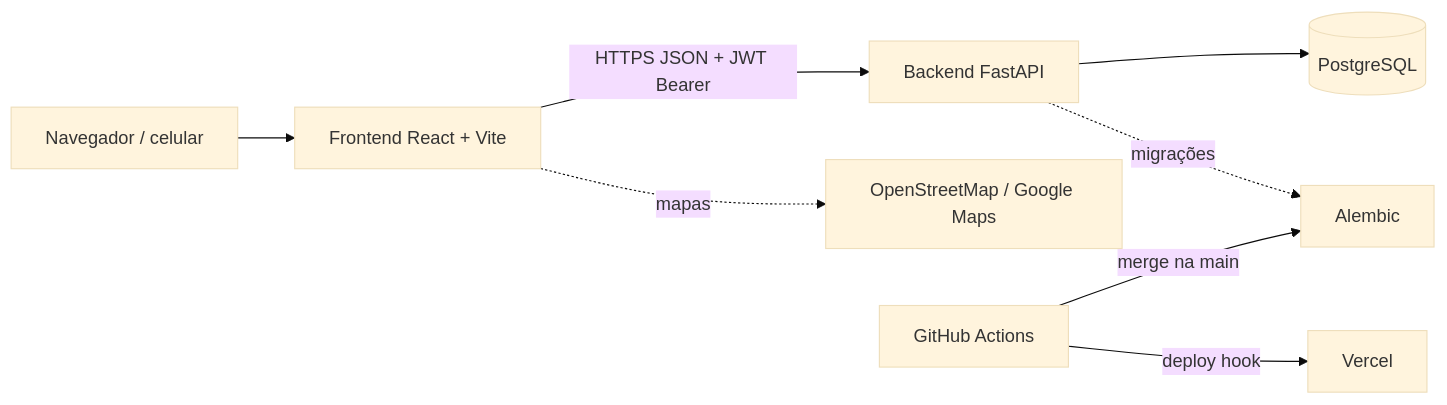
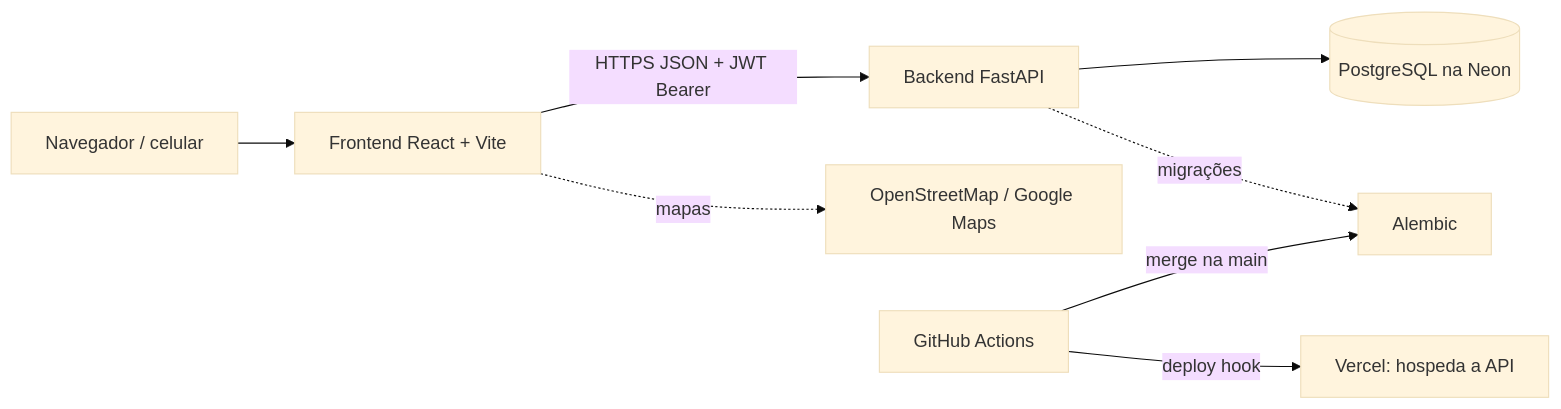
Before and after one commit to Residuum-Organization/residuum-documentacao: the first of 2 diagrams in docs/02-arquitetura/sad.md, drawn with Mermaid (base theme). The commit also changed other lines of this file, not shown here.

Commit message:
docs(arquitetura): produção na Vercel com banco PostgreSQL na Neon

````diff
--- a/docs/02-arquitetura/sad.md
+++ b/docs/02-arquitetura/sad.md
@@ -13,10 +13,10 @@
 ```mermaid
 flowchart LR
   U[Navegador / celular] --> F[Frontend React + Vite]
   F -->|HTTPS JSON + JWT Bearer| B[Backend FastAPI]
-  B --> D[(PostgreSQL)]
+  B --> D[(PostgreSQL na Neon)]
   F -.mapas.-> M[OpenStreetMap / Google Maps]
   B -.migrações.-> A[Alembic]
   G[GitHub Actions] -->|merge na main| A
-  G -->|deploy hook| V[Vercel]
+  G -->|deploy hook| V[Vercel: hospeda a API]
 ```
````
